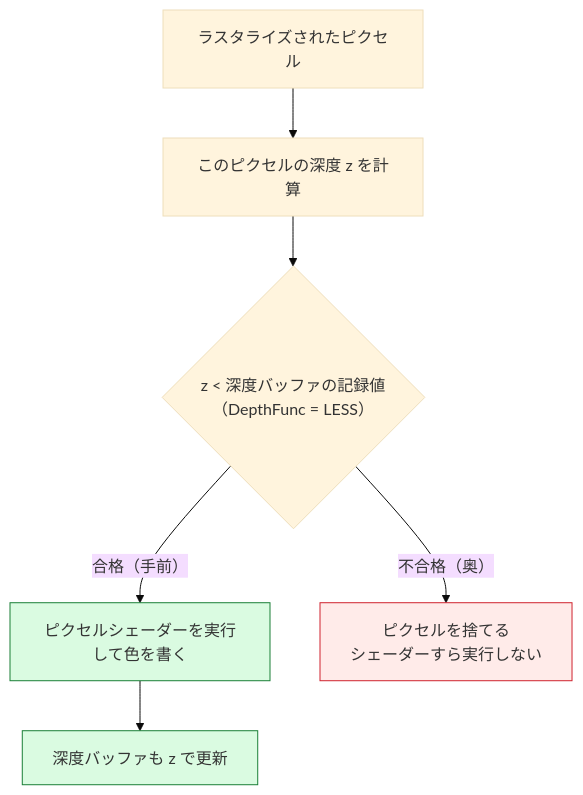
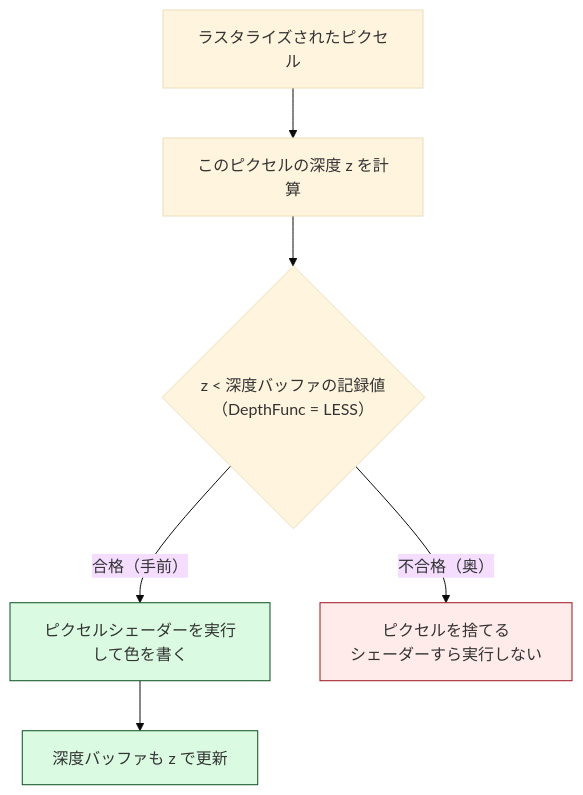
The diagram in docs/tutorial/08_奥行きを正しくする.md (Tomonorarari-Think/DirectX12Dev), drawn with Mermaid (base theme) before and after one commit. The commit also changed 24 other files, not shown here.

First line of the commit message:
fix: 図の配色を見直し、コントラスト比を 7:1 以上に引き上げる

````diff
--- a/docs/tutorial/08_奥行きを正しくする.md
+++ b/docs/tutorial/08_奥行きを正しくする.md
@@ -35,12 +35,12 @@
 ```mermaid
 flowchart TD
     A["ラスタライズされたピクセル"] --> B["このピクセルの深度 z を計算"]
     B --> C{"z &lt; 深度バッファの記録値<br/>（DepthFunc = LESS）"}
     C -- "合格（手前）" --> D["ピクセルシェーダーを実行して色を書く"]
     D --> E["深度バッファも z で更新"]
     C -- "不合格（奥）" --> F["ピクセルを捨てる<br/>シェーダーすら実行しない"]
 
-    style D fill:#dafbe1,stroke:#1a7f37
-    style E fill:#dafbe1,stroke:#1a7f37
-    style F fill:#ffebe9,stroke:#cf222e
+    style D fill:#dafbe1,stroke:#0d4f21
+    style E fill:#dafbe1,stroke:#0d4f21
+    style F fill:#ffebe9,stroke:#9a1420
 ```
````
